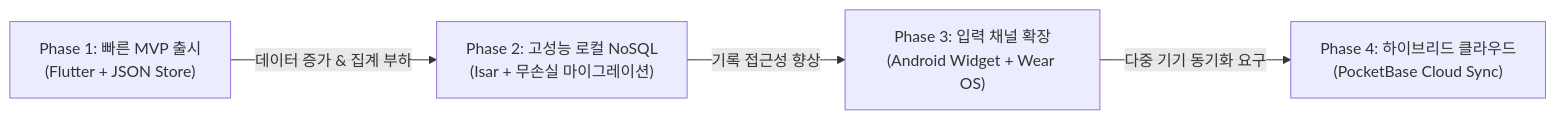
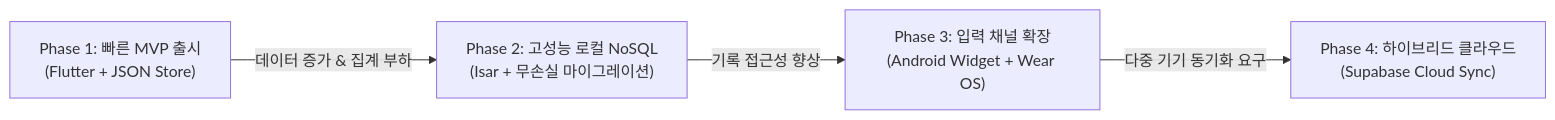
Before and after one commit to Forevernewvie/project-gtg-flutter: the diagram in README.md, drawn with Mermaid. The commit also changed other lines of this file, not shown here.

Commit message:
docs: switch cloud sync reference to Supabase, update directory tree, and expand line spacing

````diff
--- a/README.md
+++ b/README.md
@@ -41,7 +70,7 @@
 ```mermaid
 flowchart LR
     Step1["Phase 1: 빠른 MVP 출시<br/>(Flutter + JSON Store)"] 
     -->|데이터 증가 & 집계 부하| Step2["Phase 2: 고성능 로컬 NoSQL<br/>(Isar + 무손실 마이그레이션)"]
     -->|기록 접근성 향상| Step3["Phase 3: 입력 채널 확장<br/>(Android Widget + Wear OS)"]
-    -->|다중 기기 동기화 요구| Step4["Phase 4: 하이브리드 클라우드<br/>(PocketBase Cloud Sync)"]
+    -->|다중 기기 동기화 요구| Step4["Phase 4: 하이브리드 클라우드<br/>(Supabase Cloud Sync)"]
 ```
````
